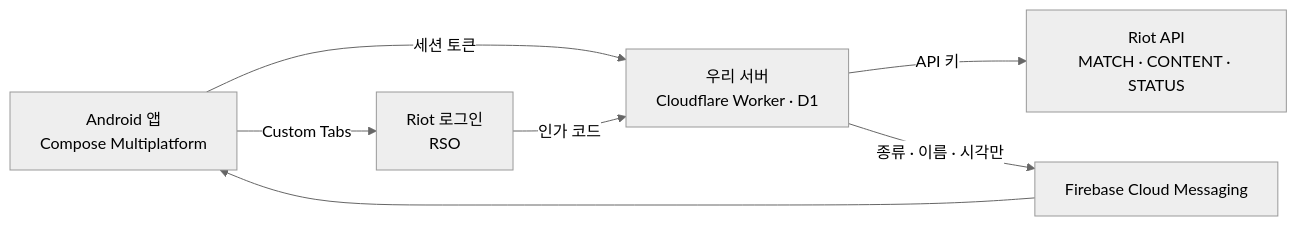
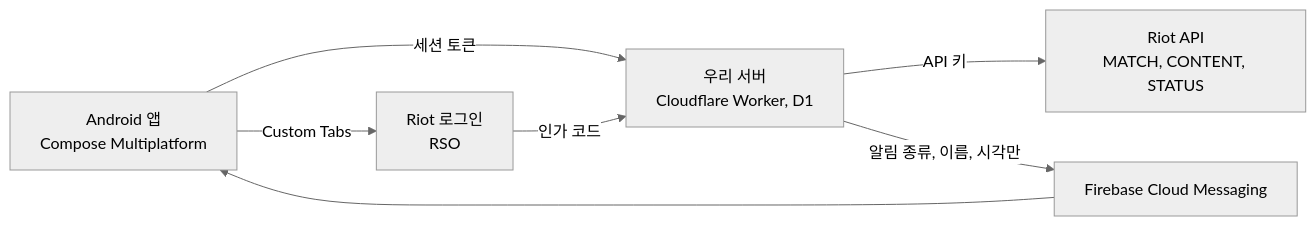
One commit to sjunh812/ovalit changed the diagram in docs/PRD.md. Above: the diagram before and after it, drawn with Mermaid (neutral theme). The commit also changed other lines of this file, not shown here.

````diff
--- a/docs/PRD.md
+++ b/docs/PRD.md
@@ -187,9 +197,9 @@
 ```mermaid
 flowchart LR
-    App["Android 앱<br/>Compose Multiplatform"] -- "세션 토큰" --> Worker["우리 서버<br/>Cloudflare Worker · D1"]
+    App["Android 앱<br/>Compose Multiplatform"] -- "세션 토큰" --> Worker["우리 서버<br/>Cloudflare Worker, D1"]
     App -- "Custom Tabs" --> RSO["Riot 로그인<br/>RSO"]
     RSO -- "인가 코드" --> Worker
-    Worker -- "API 키" --> Riot["Riot API<br/>MATCH · CONTENT · STATUS"]
-    Worker -- "종류 · 이름 · 시각만" --> FCM["Firebase Cloud Messaging"]
+    Worker -- "API 키" --> Riot["Riot API<br/>MATCH, CONTENT, STATUS"]
+    Worker -- "알림 종류, 이름, 시각만" --> FCM["Firebase Cloud Messaging"]
     FCM --> App
 ```
````
